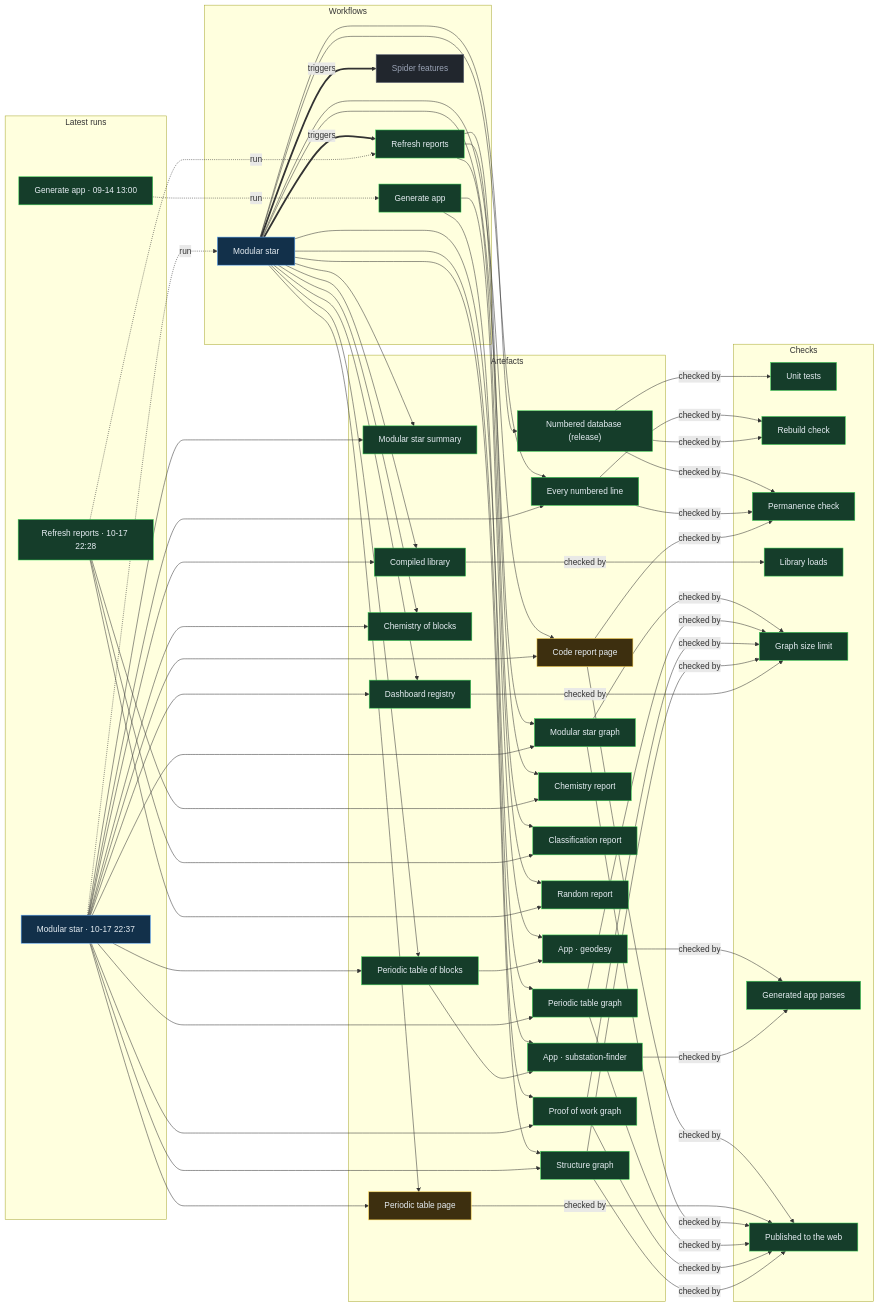
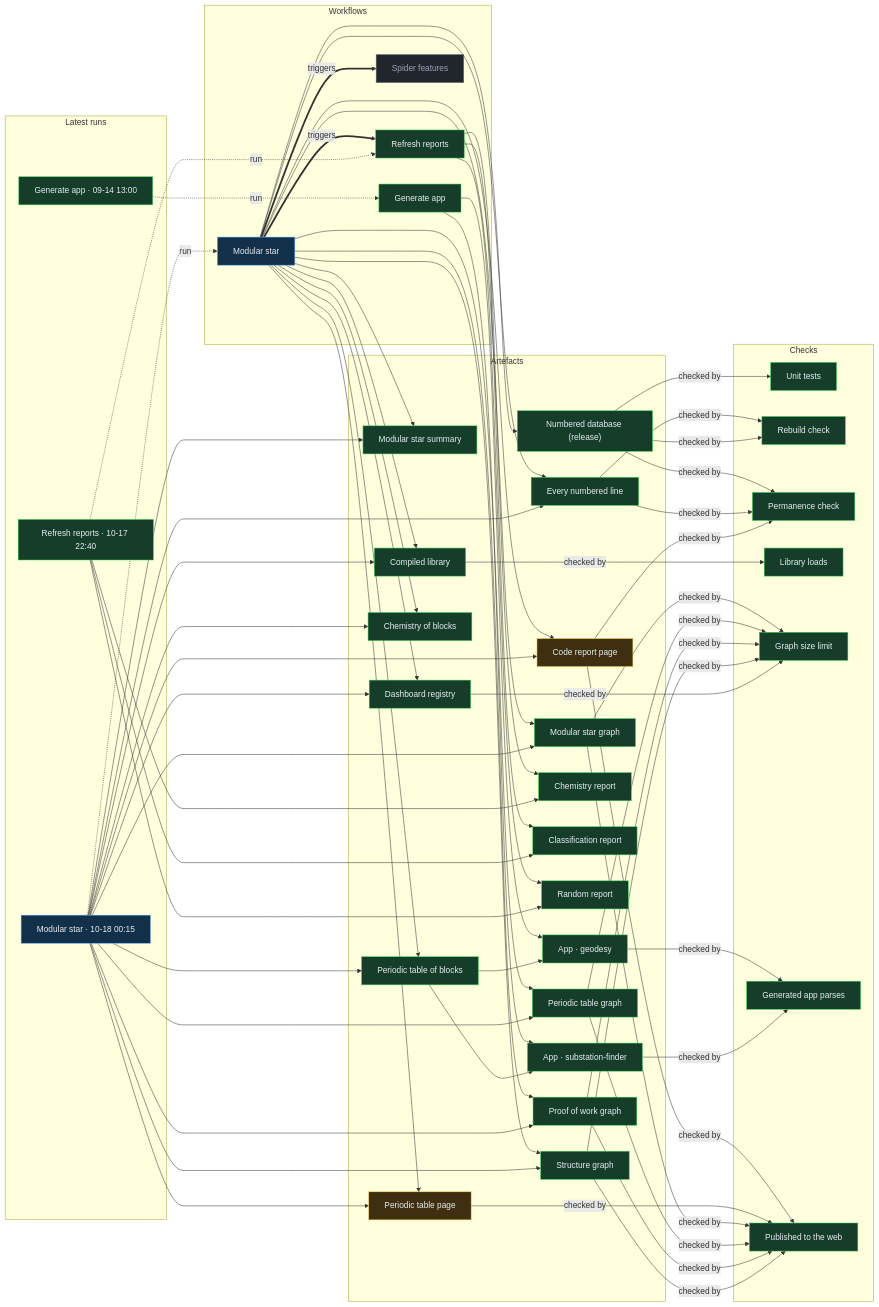
The diagram in proof/PROOF.md (Ventusltd/stars), drawn with Mermaid before and after one commit. The commit also changed other lines of this file and 34 other files, not shown here.

Commit message:
Modular star 2026-10-18T00:17Z

```diff
--- a/proof/PROOF.md
+++ b/proof/PROOF.md
@@ -24,8 +24,8 @@
   n_wf_spider_features["Spider features"]:::off
   end
   subgraph g_runs["Latest runs"]
-  n_run_39075813475["Modular star · 10-17 22:37"]:::live
-  n_run_39075194845["Refresh reports · 10-17 22:28"]:::ok
+  n_run_39082093135["Modular star · 10-18 00:15"]:::live
+  n_run_39076002478["Refresh reports · 10-17 22:40"]:::ok
   n_run_34846587798["Generate app · 09-14 13:00"]:::ok
   end
   subgraph g_artefacts["Artefacts"]
@@ -59,39 +59,39 @@
   end
   n_wf_modular_star == triggers ==> n_wf_refresh
   n_wf_modular_star == triggers ==> n_wf_spider_features
-  n_run_39075813475 -. run .-> n_wf_modular_star
-  n_run_39075194845 -. run .-> n_wf_refresh
+  n_run_39082093135 -. run .-> n_wf_modular_star
+  n_run_39076002478 -. run .-> n_wf_refresh
   n_run_34846587798 -. run .-> n_wf_generate
   n_wf_modular_star --> n_art_summary
-  n_run_39075813475 --> n_art_summary
+  n_run_39082093135 --> n_art_summary
   n_wf_modular_star --> n_art_lines
-  n_run_39075813475 --> n_art_lines
+  n_run_39082093135 --> n_art_lines
   n_wf_modular_star --> n_art_code
-  n_run_39075813475 --> n_art_code
+  n_run_39082093135 --> n_art_code
   n_wf_modular_star --> n_art_modular_graph
-  n_run_39075813475 --> n_art_modular_graph
+  n_run_39082093135 --> n_art_modular_graph
   n_wf_modular_star --> n_art_blocks
-  n_run_39075813475 --> n_art_blocks
+  n_run_39082093135 --> n_art_blocks
   n_wf_modular_star --> n_art_table
-  n_run_39075813475 --> n_art_table
+  n_run_39082093135 --> n_art_table
   n_wf_modular_star --> n_art_blocks_graph
-  n_run_39075813475 --> n_art_blocks_graph
+  n_run_39082093135 --> n_art_blocks_graph
   n_wf_modular_star --> n_art_reactions
-  n_run_39075813475 --> n_art_reactions
+  n_run_39082093135 --> n_art_reactions
   n_wf_modular_star --> n_art_library
-  n_run_39075813475 --> n_art_library
+  n_run_39082093135 --> n_art_library
   n_wf_modular_star --> n_art_features
-  n_run_39075813475 --> n_art_features
+  n_run_39082093135 --> n_art_features
   n_wf_modular_star --> n_art_proof
-  n_run_39075813475 --> n_art_proof
+  n_run_39082093135 --> n_art_proof
   n_wf_modular_star --> n_art_structure
-  n_run_39075813475 --> n_art_structure
+  n_run_39082093135 --> n_art_structure
   n_wf_refresh --> n_art_chemistry
-  n_run_39075194845 --> n_art_chemistry
+  n_run_39076002478 --> n_art_chemistry
   n_wf_refresh --> n_art_vedic
-  n_run_39075194845 --> n_art_vedic
+  n_run_39076002478 --> n_art_vedic
   n_wf_refresh --> n_art_random
-  n_run_39075194845 --> n_art_random
+  n_run_39076002478 --> n_art_random
   n_wf_modular_star --> n_art_release
   n_wf_generate --> n_app_geodesy
   n_art_blocks --> n_app_geodesy
```
